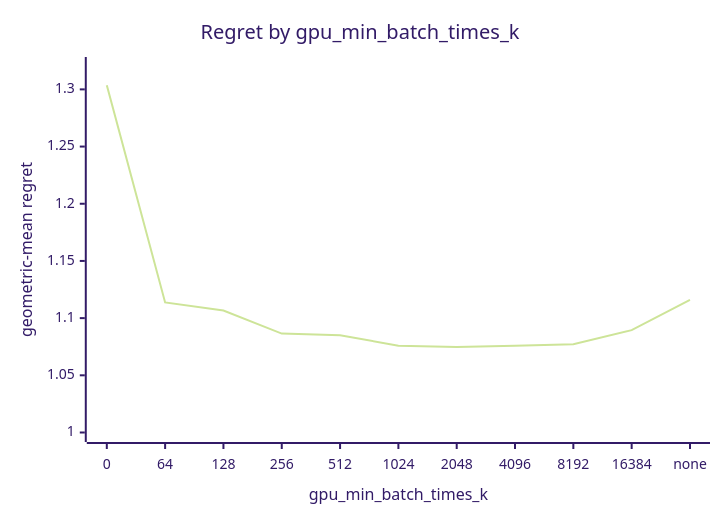
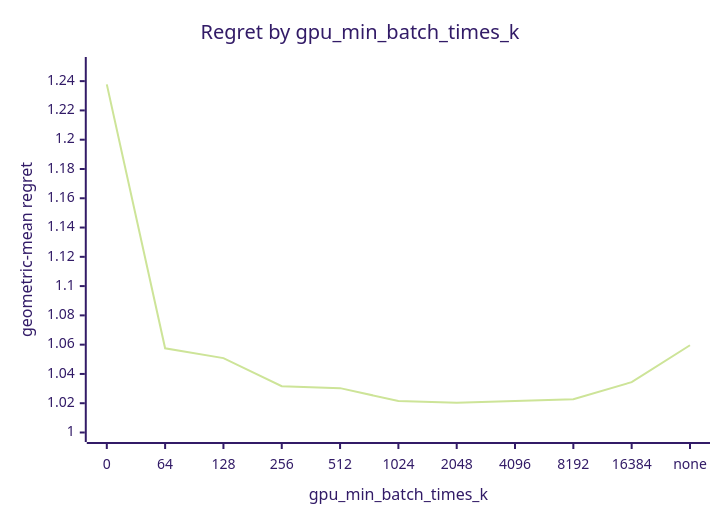
One commit to c0rmac/metal-linalg changed the sixth of 9 diagrams in docs/results/apple-m5-pro-20gpu/20261009-b60ec0/svd/report.md. Above: the diagram before and after it, drawn with Mermaid (forest theme). The commit also changed other lines of this file and 35 other files, not shown here.

````diff
--- a/docs/results/apple-m5-pro-20gpu/20261009-b60ec0/svd/report.md
+++ b/docs/results/apple-m5-pro-20gpu/20261009-b60ec0/svd/report.md
@@ -247,7 +249,7 @@
 ```mermaid
 xychart-beta
     title "Regret by gpu_min_batch_times_k"
     x-axis "gpu_min_batch_times_k" [0, 64, 128, 256, 512, 1024, 2048, 4096, 8192, 16384, none]
-    y-axis "geometric-mean regret" 1.0 --> 1.32
-    line [1.3037, 1.1137, 1.1067, 1.0865, 1.0851, 1.0759, 1.0747, 1.0759, 1.0771, 1.0895, 1.1159]
+    y-axis "geometric-mean regret" 1.0 --> 1.25
+    line [1.2378, 1.0575, 1.0508, 1.0316, 1.0303, 1.0215, 1.0204, 1.0215, 1.0227, 1.0344, 1.0596]
 ```
````
